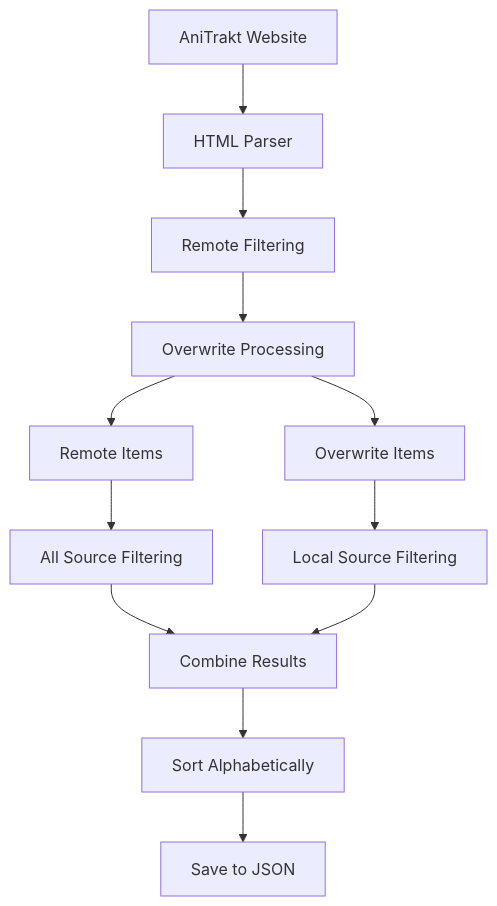
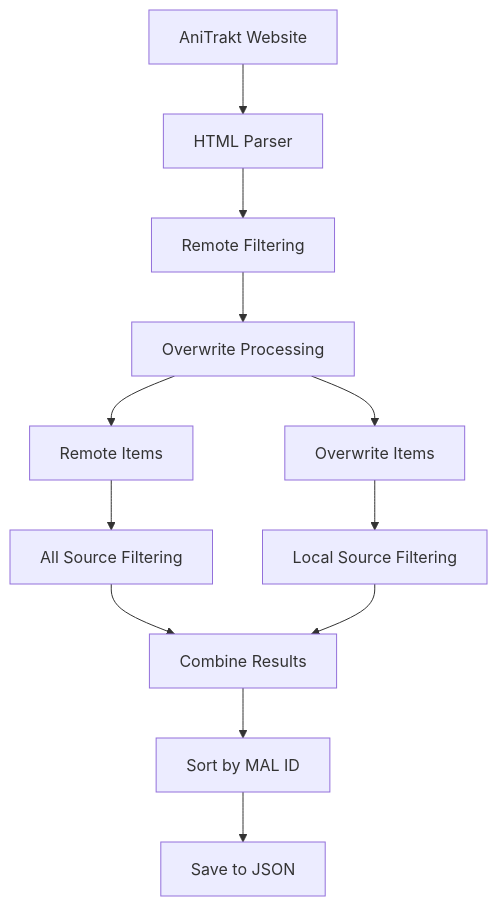
Before and after one commit to rensetsu/db.trakt.anitrakt: the diagram in README.md, drawn with Mermaid. The commit also changed other lines of this file and 1 other file, not shown here.

Commit message:
Sort output by MAL ID instead

````diff
--- a/README.md
+++ b/README.md
@@ -244,14 +244,14 @@
 ```mermaid
 graph TD
     A[AniTrakt Website] --> B[HTML Parser]
     B --> C[Remote Filtering]
     C --> D[Overwrite Processing]
     D --> E[Overwrite Items]
     D --> F[Remote Items]
     F --> G[All Source Filtering]
     E --> H[Local Source Filtering]
     G --> I[Combine Results]
     H --> I
-    I --> J[Sort Alphabetically]
+    I --> J[Sort by MAL ID]
     J --> K[Save to JSON]
 ```
````
